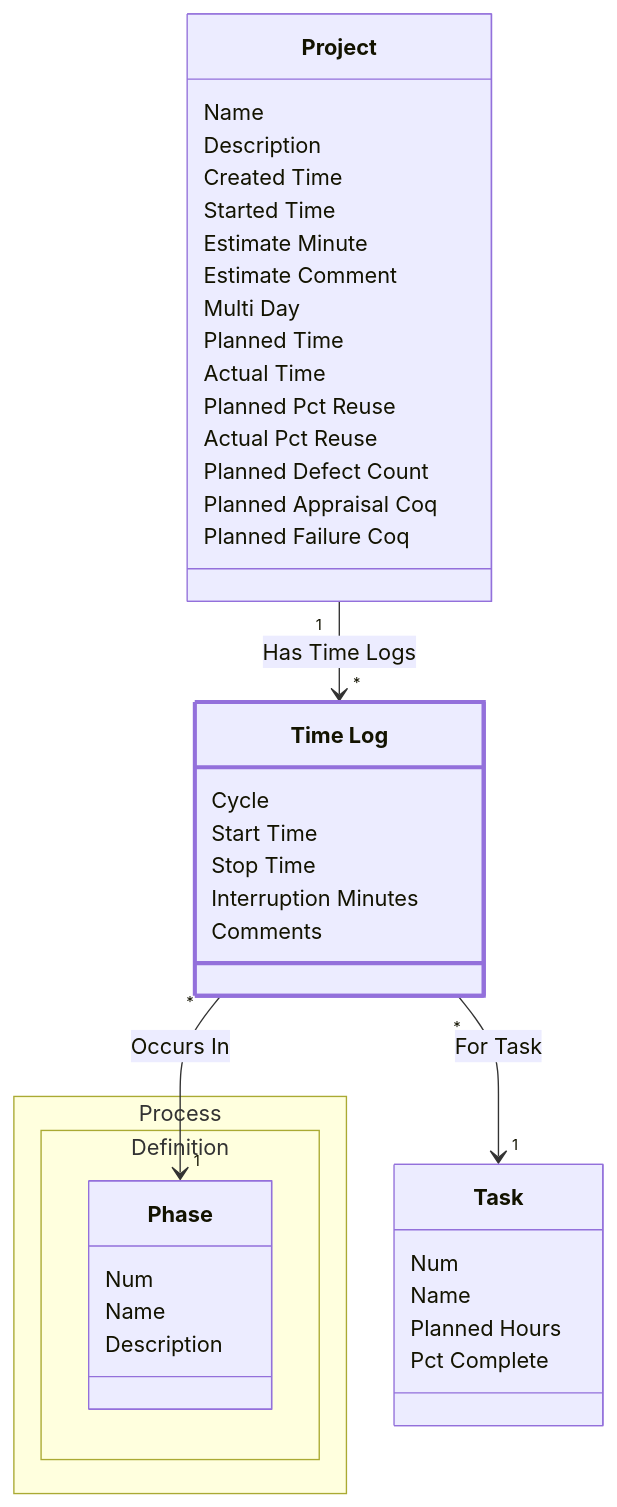
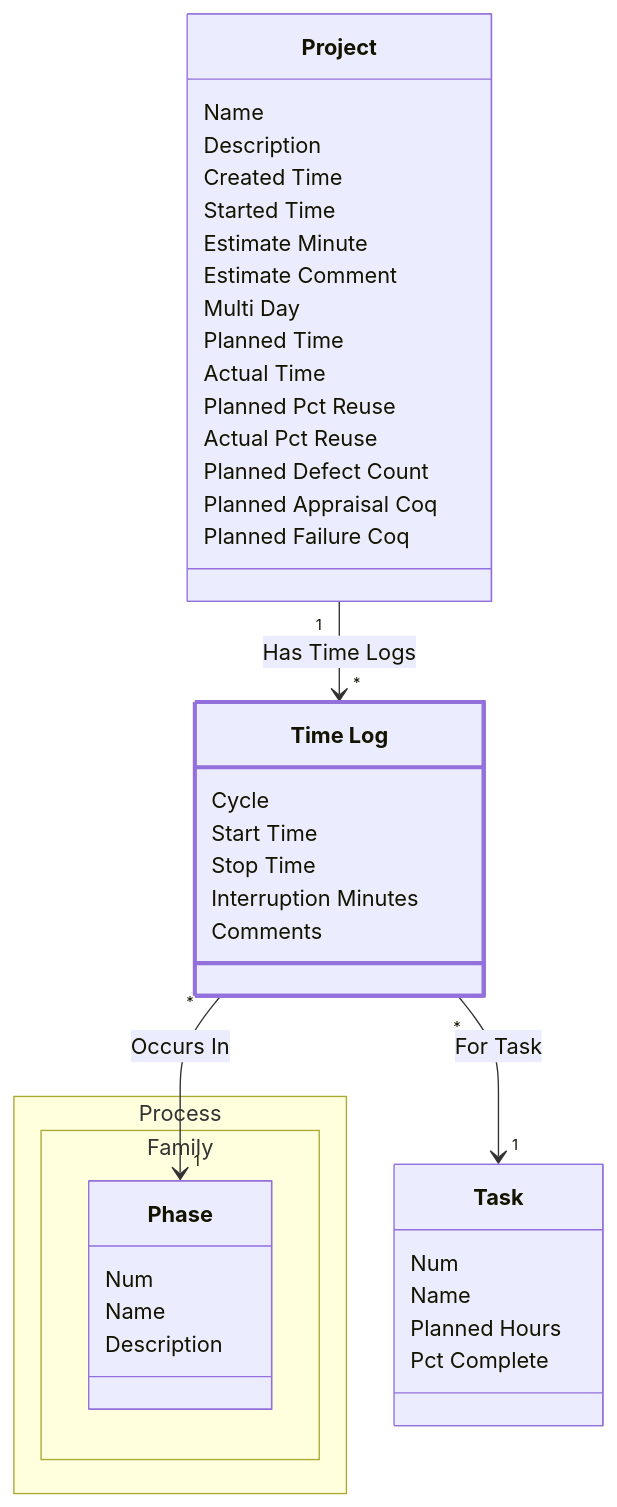
The diagram in examples/requirements/req/output/development/class-domain.project.subdomain.core.class.time_log.md (glemzurg/glemzurg), drawn with Mermaid before and after one commit. The commit also changed other lines of this file and 62 other files, not shown here.

````diff
--- a/examples/requirements/req/output/development/class-domain.project.subdomain.core.class.time_log.md
+++ b/examples/requirements/req/output/development/class-domain.project.subdomain.core.class.time_log.md
@@ -27,49 +27,49 @@
 ```mermaid
 ---
 config:
   class:
     hideEmptyMembersBox: true
 ---
 classDiagram
 class class_domain_project_subdomain_core_class_project["Project"] {
         Name
         Description
         Created Time
         Started Time
         Estimate Minute
         Estimate Comment
         Multi Day
         Planned Time
         Actual Time
         Planned Pct Reuse
         Actual Pct Reuse
         Planned Defect Count
         Planned Appraisal Coq
         Planned Failure Coq
     }
 class class_domain_project_subdomain_core_class_task["Task"] {
         Num
         Name
         Planned Hours
         Pct Complete
     }
 class class_domain_project_subdomain_core_class_time_log["Time Log"] {
         Cycle
         Start Time
         Stop Time
         Interruption Minutes
         Comments
     }
-namespace Process.Definition {
-class class_domain_process_subdomain_definition_class_phase["Phase"] {
+namespace Process.Family {
+class class_domain_process_subdomain_family_class_phase["Phase"] {
             Num
             Name
             Description
         }
 }
 style class_domain_project_subdomain_core_class_time_log stroke:#9370DB,stroke-width:3px
-class_domain_project_subdomain_core_class_time_log "*" --> "1" class_domain_process_subdomain_definition_class_phase : Occurs In
+class_domain_project_subdomain_core_class_time_log "*" --> "1" class_domain_process_subdomain_family_class_phase : Occurs In
 class_domain_project_subdomain_core_class_project "1" --> "*" class_domain_project_subdomain_core_class_time_log : Has Time Logs
 class_domain_project_subdomain_core_class_time_log "*" --> "1" class_domain_project_subdomain_core_class_task : For Task
 
 ```
````
